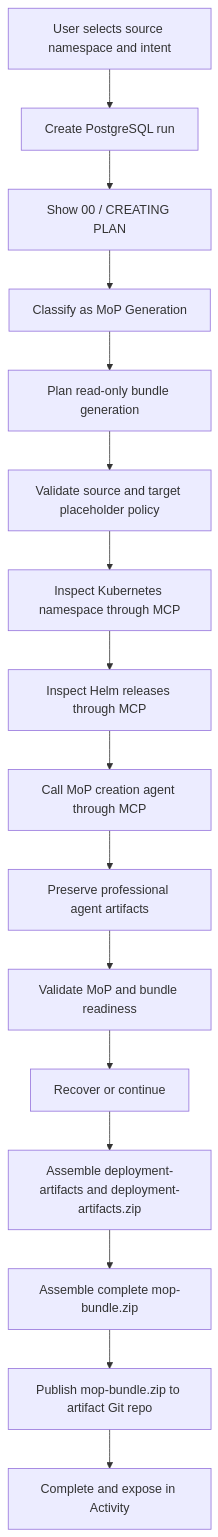
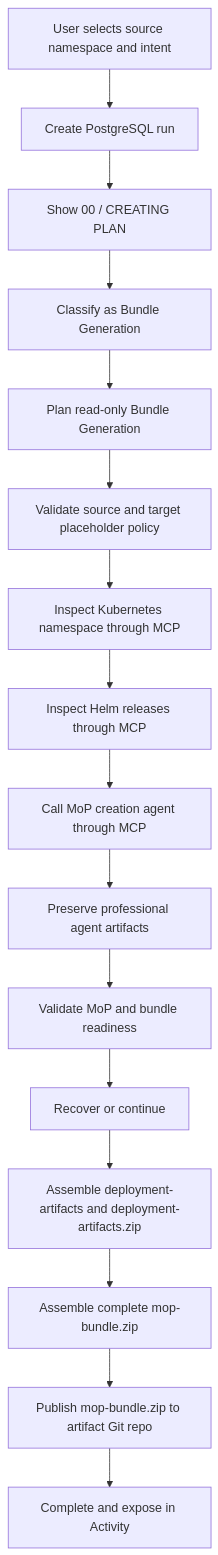
Before and after one commit to aveeshek/bosgenesis-esda: the seventh of 16 diagrams in knowledge-base/bosgenesis_esda_chatbot_lld.md, drawn with Mermaid. The commit also changed other lines of this file and 28 other files, not shown here.

````diff
--- a/knowledge-base/bosgenesis_esda_chatbot_lld.md
+++ b/knowledge-base/bosgenesis_esda_chatbot_lld.md
@@ -2030,18 +2051,18 @@
 ```mermaid
 flowchart TD
     A[User selects source namespace and intent] --> B[Create PostgreSQL run]
     B --> C[Show 00 / CREATING PLAN]
-    C --> D[Classify as MoP Generation]
-    D --> E[Plan read-only bundle generation]
+    C --> D[Classify as Bundle Generation]
+    D --> E[Plan read-only Bundle Generation]
     E --> F[Validate source and target placeholder policy]
     F --> G[Inspect Kubernetes namespace through MCP]
     G --> H[Inspect Helm releases through MCP]
     H --> I[Call MoP creation agent through MCP]
     I --> J[Preserve professional agent artifacts]
     J --> K[Validate MoP and bundle readiness]
     K --> L[Recover or continue]
     L --> M[Assemble deployment-artifacts and deployment-artifacts.zip]
     M --> N[Assemble complete mop-bundle.zip]
     N --> O[Publish mop-bundle.zip to artifact Git repo]
     O --> P[Complete and expose in Activity]
 ```
````
